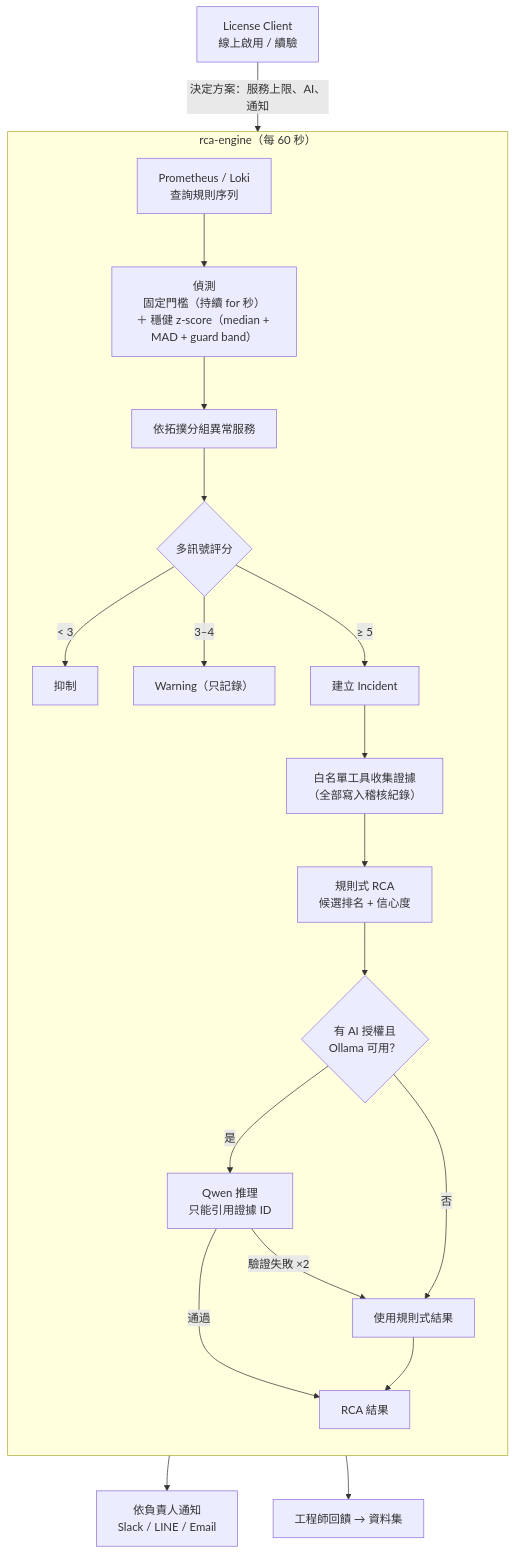
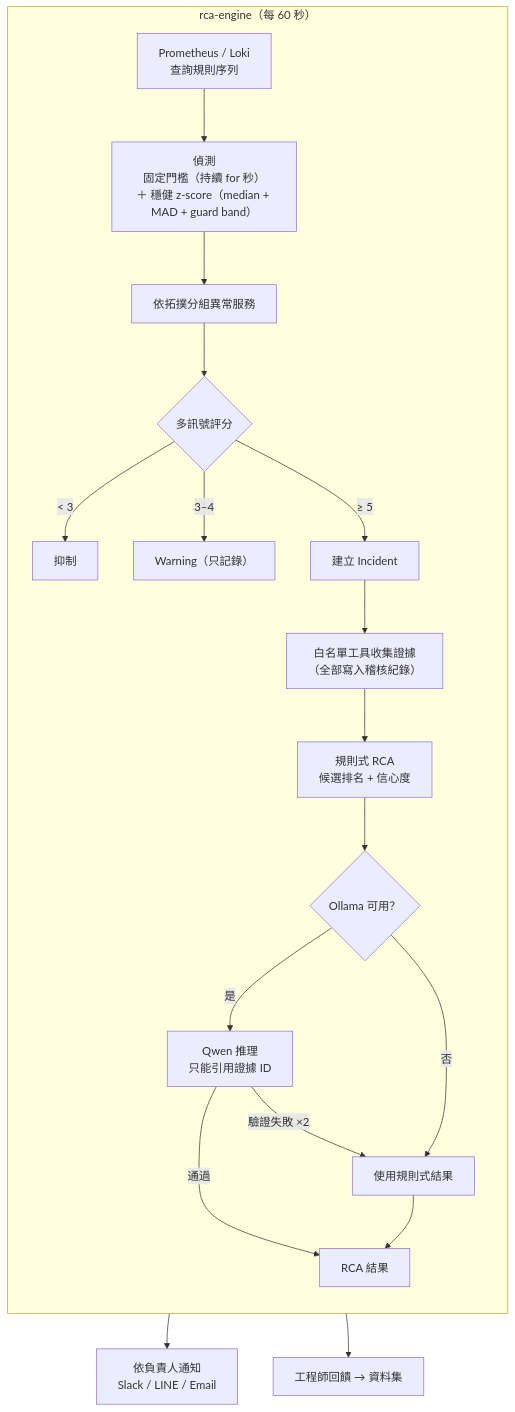
One commit to kingchen0617/system-tool changed the tenth of 11 diagrams in docs/product-flowcharts.md. Above: the diagram before and after it, drawn with Mermaid. The commit also changed other lines of this file and 1 other file, not shown here.

````diff
--- a/docs/product-flowcharts.md
+++ b/docs/product-flowcharts.md
@@ -251,25 +233,23 @@
 ```mermaid
 flowchart TD
-    L["License Client<br/>線上啟用 / 續驗"] -->|"決定方案：服務上限、AI、通知"| ENG
-
     subgraph ENG["rca-engine（每 60 秒）"]
         direction TB
         D1["Prometheus / Loki<br/>查詢規則序列"] --> D2["偵測<br/>固定門檻（持續 for 秒）<br/>＋ 穩健 z-score（median + MAD + guard band）"]
         D2 --> D3["依拓撲分組異常服務"]
         D3 --> D4{"多訊號評分"}
         D4 -->|"< 3"| X1["抑制"]
         D4 -->|"3–4"| X2["Warning（只記錄）"]
         D4 -->|"≥ 5"| D5["建立 Incident"]
         D5 --> D6["白名單工具收集證據<br/>（全部寫入稽核紀錄）"]
         D6 --> D7["規則式 RCA<br/>候選排名 + 信心度"]
-        D7 --> D8{"有 AI 授權且<br/>Ollama 可用？"}
+        D7 --> D8{"Ollama 可用？"}
         D8 -->|"是"| D9["Qwen 推理<br/>只能引用證據 ID"]
         D9 -->|"驗證失敗 ×2"| D10
         D8 -->|"否"| D10["使用規則式結果"]
         D9 -->|"通過"| D11["RCA 結果"]
         D10 --> D11
     end
 
     D11 --> N["依負責人通知<br/>Slack / LINE / Email"]
     D11 --> FB["工程師回饋 → 資料集"]
 ```
````
